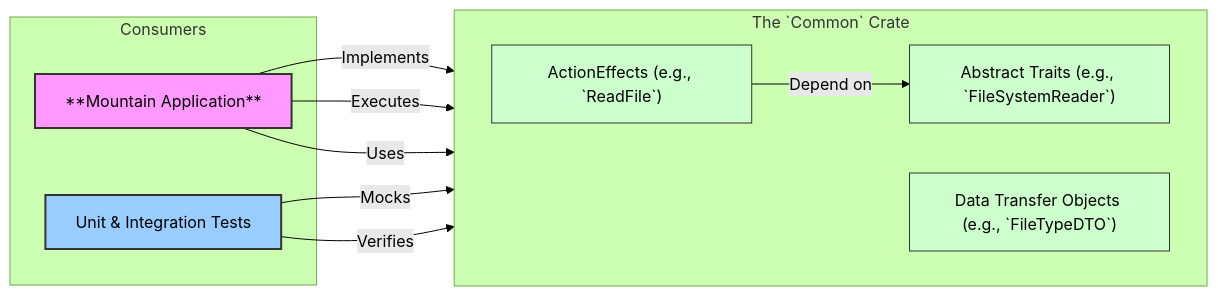
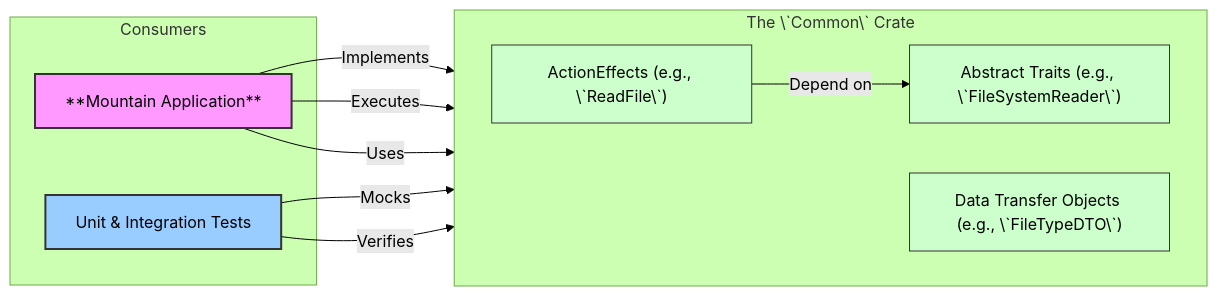
The diagram in README.md (CodeEditorLand/Common), drawn with Mermaid (forest theme) before and after one commit.

Commit message:
docs(Common): Improve Mermaid diagram styling and consistency
Updated the Mermaid diagram in the README to use capitalized class names (e.g., 'Mountain', 'Common') for consistency and improved the labeling by using backticks for code elements and the crate name. This enhances the diagram's readability and aligns with the project's documentation standards, ensuring clear communication of the `Common` crate's architecture and its relationship with consumers like `Mountain`. The changes maintain the core representation of:

1. The abstract traits (`FileSystemReader`), `ActionEffects`, and DTOs defined in `Common`
2. The dependency relationship between Effects and Traits
3. `Mountain`'s role as the primary implementer of `Common` traits
4. Test consumers' relationship to the core architecture

This documentation refinement follows recent refactoring work on effect dependencies (5adcc5e) and architecture updates (926b00c).

````diff
--- a/README.md
+++ b/README.md
@@ -149,27 +149,27 @@
 ```mermaid
 graph LR
-    classDef mountain fill:#f9f,stroke:#333,stroke-width:2px;
-    classDef common fill:#cfc,stroke:#333,stroke-width:1px;
-    classDef consumer fill:#9cf,stroke:#333,stroke-width:2px;
+    classDef Mountain fill:#f9f,stroke:#333,stroke-width:2px;
+    classDef Common fill:#cfc,stroke:#333,stroke-width:1px;
+    classDef Consumer fill:#9cf,stroke:#333,stroke-width:2px;
 
-    subgraph "The `Common` Crate"
+    subgraph "The \`Common\` Crate"
         direction LR
-        Traits["Abstract Traits (e.g., `FileSystemReader`)"]:::common
-        Effects["ActionEffects (e.g., `ReadFile`)"]:::common
-        DTOs["Data Transfer Objects (e.g., `FileTypeDTO`)"]:::common
+        Traits["Abstract Traits (e.g., \`FileSystemReader\`)"]:::Common
+        Effects["ActionEffects (e.g., \`ReadFile\`)"]:::Common
+        DTOs["Data Transfer Objects (e.g., \`FileTypeDTO\`)"]:::Common
 
         Effects -- Depend on --> Traits
     end
 
     subgraph "Consumers"
-        Mountain[**Mountain Application**]:::mountain
-        Tests[Unit & Integration Tests]:::consumer
+        Mountain[**Mountain Application**]:::Mountain
+        Tests[Unit & Integration Tests]:::Consumer
     end
 
     Mountain -- Implements --> Traits
     Mountain -- Executes --> Effects
     Mountain -- Uses --> DTOs
 
     Tests -- Mocks --> Traits
     Tests -- Verifies --> Effects
 ```
````
